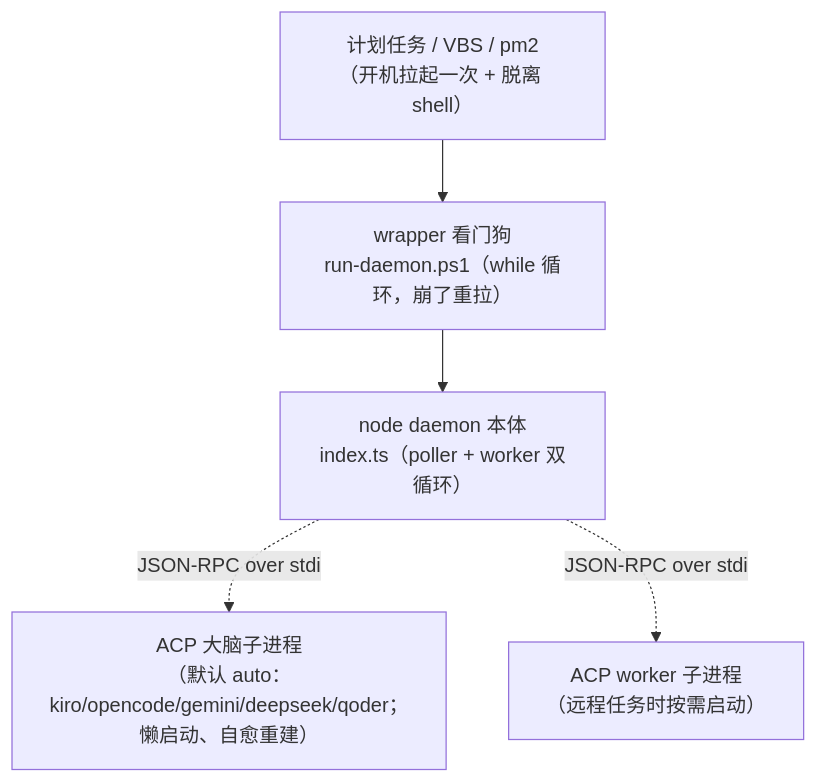
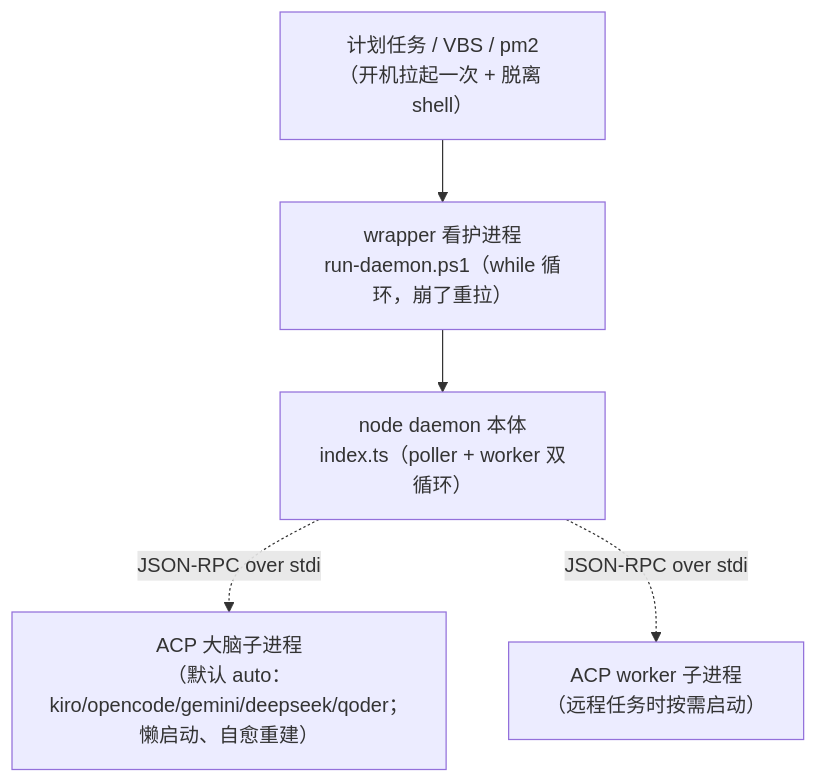
One commit to imwangpan/WeMind changed the third of 6 diagrams in docs/repowiki/02-系统架构.md. Above: the diagram before and after it, drawn with Mermaid. The commit also changed other lines of this file and 73 other files, not shown here.

First line of the commit message:
docs+fix: 术语第三轮——预设→agent 名、回执→答复、看门狗→看护进程、落盘→写入磁盘

````diff
--- a/docs/repowiki/02-系统架构.md
+++ b/docs/repowiki/02-系统架构.md
@@ -88,13 +88,13 @@
 ```mermaid
 graph TD
     TRIGGER["计划任务 / VBS / pm2<br/>（开机拉起一次 + 脱离 shell）"]
-    WRAPPER["wrapper 看门狗<br/>run-daemon.ps1（while 循环，崩了重拉）"]
+    WRAPPER["wrapper 看护进程<br/>run-daemon.ps1（while 循环，崩了重拉）"]
     NODE["node daemon 本体<br/>index.ts（poller + worker 双循环）"]
     BRAINP["ACP 大脑子进程<br/>（默认 auto：kiro/opencode/gemini/deepseek/qoder；懒启动、自愈重建）"]
     WORKERP["ACP worker 子进程<br/>（远程任务时按需启动）"]
 
     TRIGGER --> WRAPPER
     WRAPPER --> NODE
     NODE -.JSON-RPC over stdio.-> BRAINP
     NODE -.JSON-RPC over stdio.-> WORKERP
 ```
````
